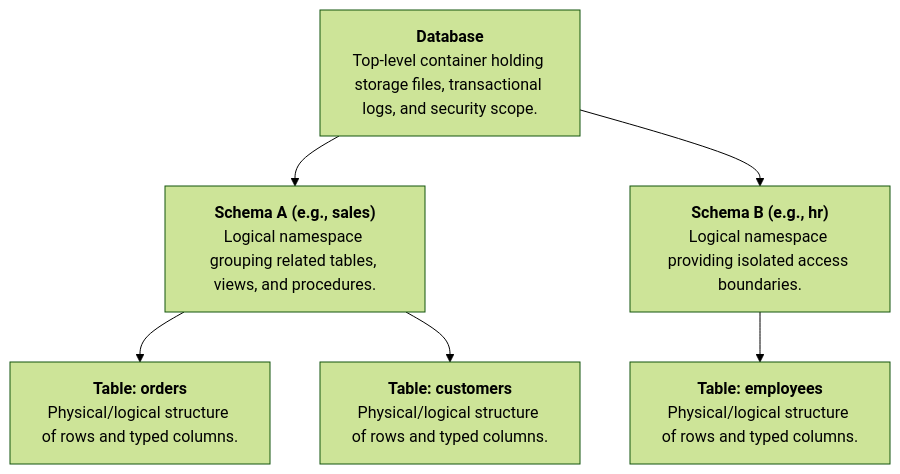
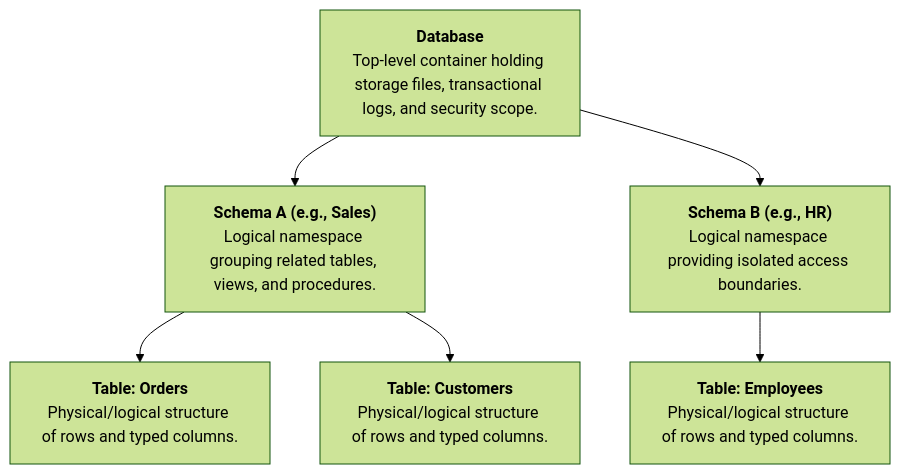
The first of 2 diagrams in S06_16.08.2026/README.md (Mohammed-3tef/NTI26_Data_Analysis_Summer_Training), drawn with Mermaid (forest theme) before and after one commit. The commit also changed other lines of this file, not shown here.

````diff
--- a/S06_16.08.2026/README.md
+++ b/S06_16.08.2026/README.md
@@ -11,11 +11,11 @@
 ```mermaid
 flowchart TD
     DB["<b>Database</b><br/>Top-level container holding storage files, transactional logs, and security scope."]
     
-    DB --> S1["<b>Schema A (e.g., sales)</b><br/>Logical namespace grouping related tables, views, and procedures."]
-    DB --> S2["<b>Schema B (e.g., hr)</b><br/>Logical namespace providing isolated access boundaries."]
+    DB --> S1["<b>Schema A (e.g., Sales)</b><br/>Logical namespace grouping related tables, views, and procedures."]
+    DB --> S2["<b>Schema B (e.g., HR)</b><br/>Logical namespace providing isolated access boundaries."]
     
-    S1 --> T1["<b>Table: orders</b><br/>Physical/logical structure of rows and typed columns."]
-    S1 --> T2["<b>Table: customers</b><br/>Physical/logical structure of rows and typed columns."]
-    S2 --> T3["<b>Table: employees</b><br/>Physical/logical structure of rows and typed columns."]
+    S1 --> T1["<b>Table: Orders</b><br/>Physical/logical structure of rows and typed columns."]
+    S1 --> T2["<b>Table: Customers</b><br/>Physical/logical structure of rows and typed columns."]
+    S2 --> T3["<b>Table: Employees</b><br/>Physical/logical structure of rows and typed columns."]
 ```
````
